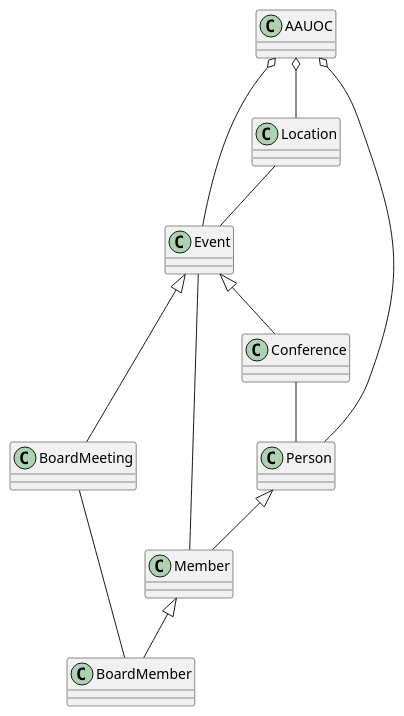
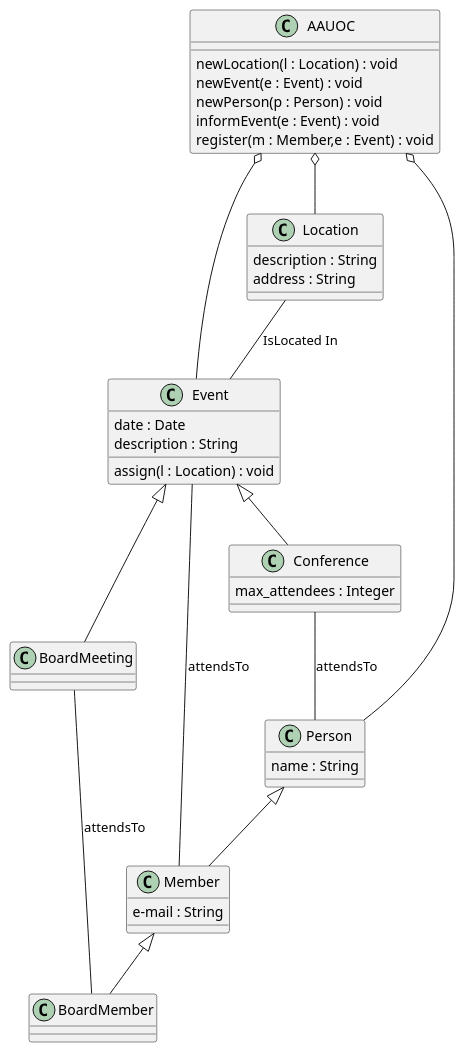
One commit to alexvc991/UMLClasesAlejandroVicente changed the diagram in src/UML_AlejandroVicente.puml. Above: the diagram before and after it, drawn with PlantUML. The commit also changed 2 other files, not shown here.

```diff
--- a/src/UML_AlejandroVicente.puml
+++ b/src/UML_AlejandroVicente.puml
@@ -1,19 +1,46 @@
 @startuml
+
+class AAUOC {
+    newLocation(l : Location) : void
+    newEvent(e : Event) : void
+    newPerson(p : Person) : void
+    informEvent(e : Event) : void
+    register(m : Member,e : Event) : void
+}
+class Location {
+    description : String
+    address : String
+}
+class Event {
+    date : Date
+    description : String
+    assign(l : Location) : void
+
+}
+class Member {
+    e-mail : String
+}
+class Person {
+    name : String
+}
+class Conference {
+    max_attendees : Integer
+}
 
 Event <|-- Conference
 Event <|-- BoardMeeting
 
 Person <|-- Member
 Member <|-- BoardMember
 
 AAUOC o-- Location
 AAUOC o-- Event
 AAUOC o-- Person
 
-Location -- Event
-Event -- Member
-BoardMeeting -- BoardMember
-Conference -- Person
+Location -- Event :IsLocated In
+Event -- Member :attendsTo
+BoardMeeting -- BoardMember :attendsTo
+Conference -- Person :attendsTo
 
 
 @enduml
```
